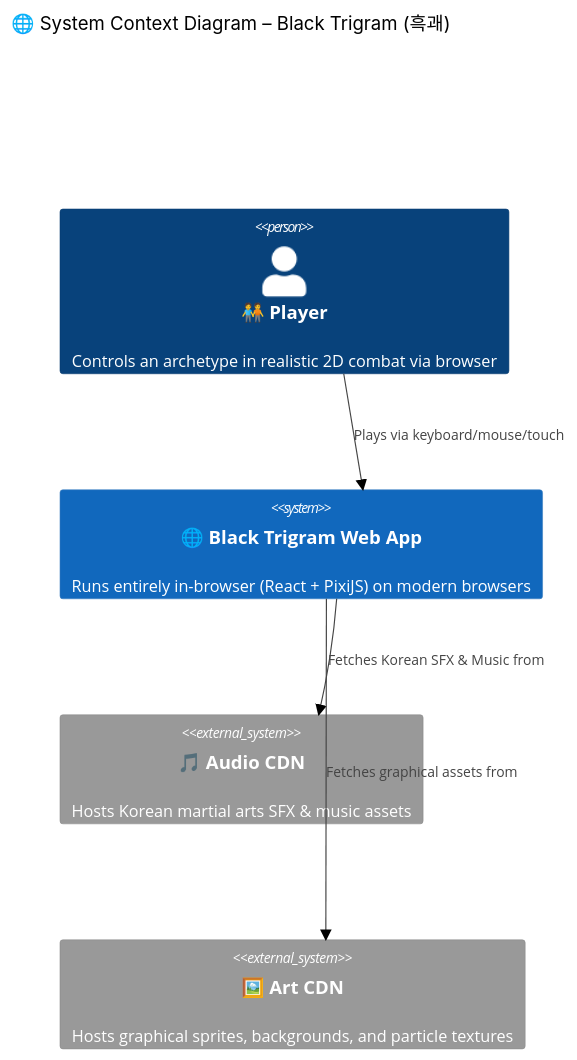
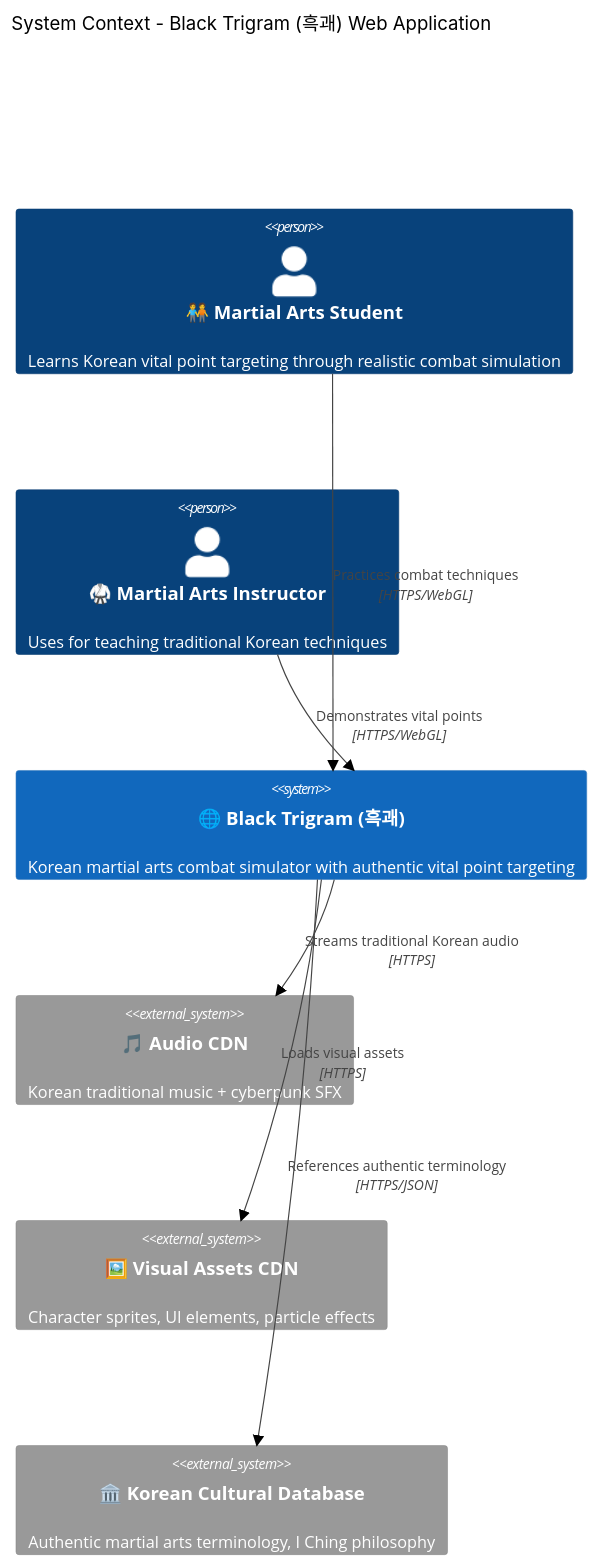
The first of 17 diagrams in ARCHITECTURE.md (Hack23/blacktrigram), drawn with Mermaid (neutral theme) before and after one commit. The commit also changed other lines of this file, not shown here.

Commit message:
Refactor architecture diagrams for clarity and detail, updating titles and enhancing component descriptions in the System Context and Container views.

````diff
--- a/ARCHITECTURE.md
+++ b/ARCHITECTURE.md
@@ -25,15 +25,22 @@
 ```mermaid
 C4Context
-  title 🌐 System Context Diagram – Black Trigram (흑괘)
+    title System Context - Black Trigram (흑괘) Web Application
 
-  Person(player, "🧑‍🤝‍🧑 Player", "Controls an archetype in realistic 2D combat via browser")
-  System(browserGame, "🌐 Black Trigram Web App", "Runs entirely in-browser (React + PixiJS) on modern browsers")
-  System_Ext(audioCDN, "🎵 Audio CDN", "Hosts Korean martial arts SFX & music assets")
-  System_Ext(artCDN, "🖼️ Art CDN", "Hosts graphical sprites, backgrounds, and particle textures")
+    Person(player, "🧑‍🤝‍🧑 Martial Arts Student", "Learns Korean vital point targeting through realistic combat simulation")
+    Person(instructor, "🥋 Martial Arts Instructor", "Uses for teaching traditional Korean techniques")
+    
+    System(blackTrigram, "🌐 Black Trigram (흑괘)", "Korean martial arts combat simulator with authentic vital point targeting")
+    
+    System_Ext(audioCDN, "🎵 Audio CDN", "Korean traditional music + cyberpunk SFX")
+    System_Ext(artCDN, "🖼️ Visual Assets CDN", "Character sprites, UI elements, particle effects")
+    System_Ext(culturalDB, "🏛️ Korean Cultural Database", "Authentic martial arts terminology, I Ching philosophy")
 
-  Rel(player, browserGame, "Plays via keyboard/mouse/touch")
-  Rel(browserGame, audioCDN, "Fetches Korean SFX & Music from")
-  Rel(browserGame, artCDN, "Fetches graphical assets from")
+    Rel(player, blackTrigram, "Practices combat techniques", "HTTPS/WebGL")
+    Rel(instructor, blackTrigram, "Demonstrates vital points", "HTTPS/WebGL")
+    
+    Rel(blackTrigram, audioCDN, "Streams traditional Korean audio", "HTTPS")
+    Rel(blackTrigram, artCDN, "Loads visual assets", "HTTPS")
+    Rel(blackTrigram, culturalDB, "References authentic terminology", "HTTPS/JSON")
 
-  UpdateLayoutConfig($c4ShapeInRow="2", $c4BoundaryInRow="1")
-```
+    UpdateLayoutConfig($c4ShapeInRow="2", $c4BoundaryInRow="1")
+  ```
````
